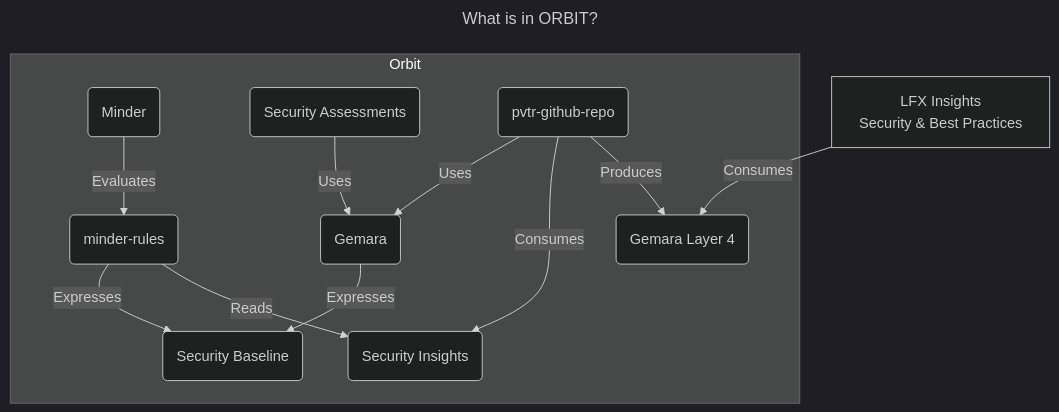
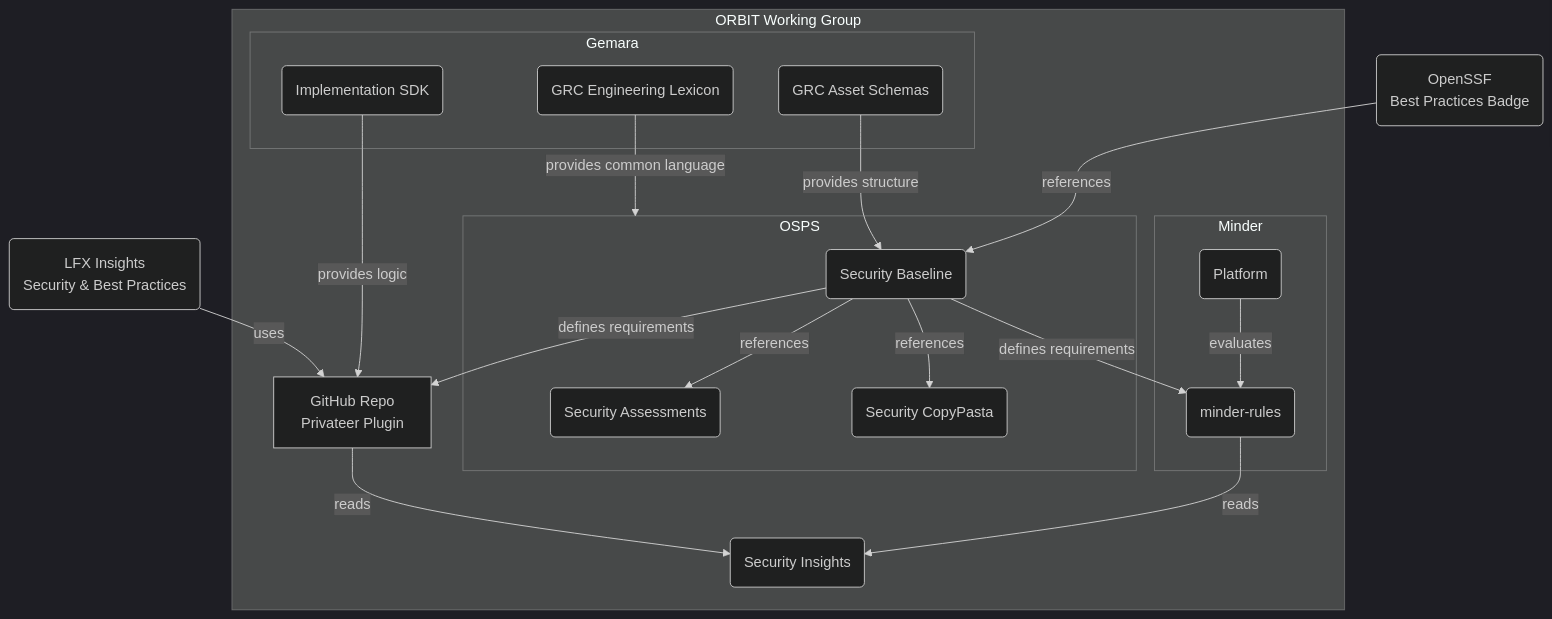
One commit to ossf/wg-orbit changed the diagram in README.md. Above: the diagram before and after it, drawn with Mermaid (dark theme).

Commit message:
docs: update mermaid chart (#35)
* docs: update mermaid chart

* reorganized bits and bobs

* fix: links

---------

````diff
--- a/README.md
+++ b/README.md
@@ -8,32 +8,56 @@
 ```mermaid
----
-title: What is in ORBIT?
----
 flowchart TD
-    subgraph Orbit
-    Baseline(Security Baseline)
-    click Baseline "https://github.com/ossf/security-baseline?tab=readme-ov-file#readme"
-    Gemara(Gemara)
-    click Gemara "https://github.com/ossf/gemara?tab=readme-ov-file#readme"
-    SecurityInsights(Security Insights)
+
+    BPB(OpenSSF
+    Best Practices Badge)
+    LFXInsights(LFX Insights
+    Security & Best Practices)
+
+    subgraph ORBIT Working Group
+
+        subgraph OSPS
+            Assessments(Security Assessments)
+            CopyPasta(Security CopyPasta)
+            Baseline(Security Baseline)
+        end
+
+        subgraph Gemara
+            GemaraSDK(Implementation SDK)
+            GemaraLexicon(GRC Engineering Lexicon)
+            GemaraSchemas(GRC Asset Schemas)
+        end
+
+        SecurityInsights(Security Insights)
+        subgraph Minder
+        MinderPlatform(Platform)
+        minder-rules(minder-rules)
+        end
+
+        pvtr[GitHub Repo
+        Privateer Plugin]
+        click pvtr "https://github.com/revanite-io/pvtr-github-repo?tab=readme-ov-file#readme"
+
+    end
+
+    BPB -->| references | Baseline
+    Baseline --> | references | Assessments & CopyPasta
+    MinderPlatform -->|evaluates| minder-rules
+    minder-rules -->|reads| SecurityInsights
+    GemaraSchemas -->| provides structure| Baseline
+    pvtr -->|reads | SecurityInsights
+    GemaraSDK -->|provides logic |pvtr
+    LFXInsights -->|uses |pvtr
+    Baseline -->| defines requirements | pvtr & minder-rules
+    GemaraLexicon -->| provides common language | OSPS
+
+    click LFXInsights "https://insights.linuxfoundation.org/"
+    click Assessments "https://github.com/ossf/security-assessments?tab=readme-ov-file#readme"
+    click Baseline "https://baseline.openssf.org"
+    click BPB "https://openssf.org/projects/best-practices-badge/"
+    click GemaraSDK "https://gemara.openssf.org/implementation/#go-sdk"
+    click GemaraSchemas "https://gemara.openssf.org/implementation/#layer-schemas"
+    click GemaraLexicon "https://gemara.openssf.org/lexicon/"
     click SecurityInsights "https://github.com/ossf/security-insights?tab=readme-ov-file#readme"
-    Minder(Minder)
-    click Minder "https://github.com/mindersec/minder?tab=readme-ov-file#readme"
-    Minder -->|Evaluates| minder-rules(minder-rules)
+    click MinderPlatform "https://github.com/mindersec/minder?tab=readme-ov-file#readme"
     click minder-rules "https://github.com/mindersec/minder-rules-and-profiles?tab=readme-ov-file#readme"
-    minder-rules -->|Expresses| Baseline
-    minder-rules -->|Reads| SecurityInsights
-    Assessments(Security Assessments)
-    click Assessments "https://github.com/ossf/security-assessments?tab=readme-ov-file#readme"
-    Gemara -->|Expresses| Baseline
-    pvtr(pvtr-github-repo) -->|Uses | Gemara
-    click pvtr "https://github.com/revanite-io/pvtr-github-repo?tab=readme-ov-file#readme"
-    pvtr -->|Consumes | SecurityInsights
-    pvtr -->|Produces | AssessmentResults(Gemara Layer 4)
-    click AssessmentResults "https://github.com/ossf/gemara?tab=readme-ov-file#layer-4-evaluation"
-    Assessments -->|Uses | Gemara
-    end
-    LFXInsights[LFX Insights
-    Security & Best Practices] -->|Consumes |AssessmentResults
-    click LFXInsights "https://insights.linuxfoundation.org/"
 ```
````
